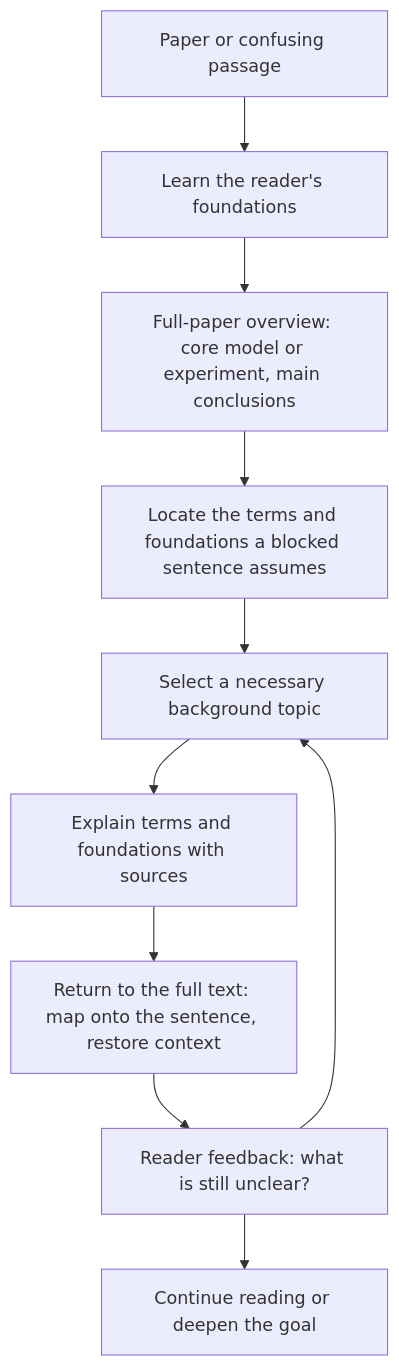
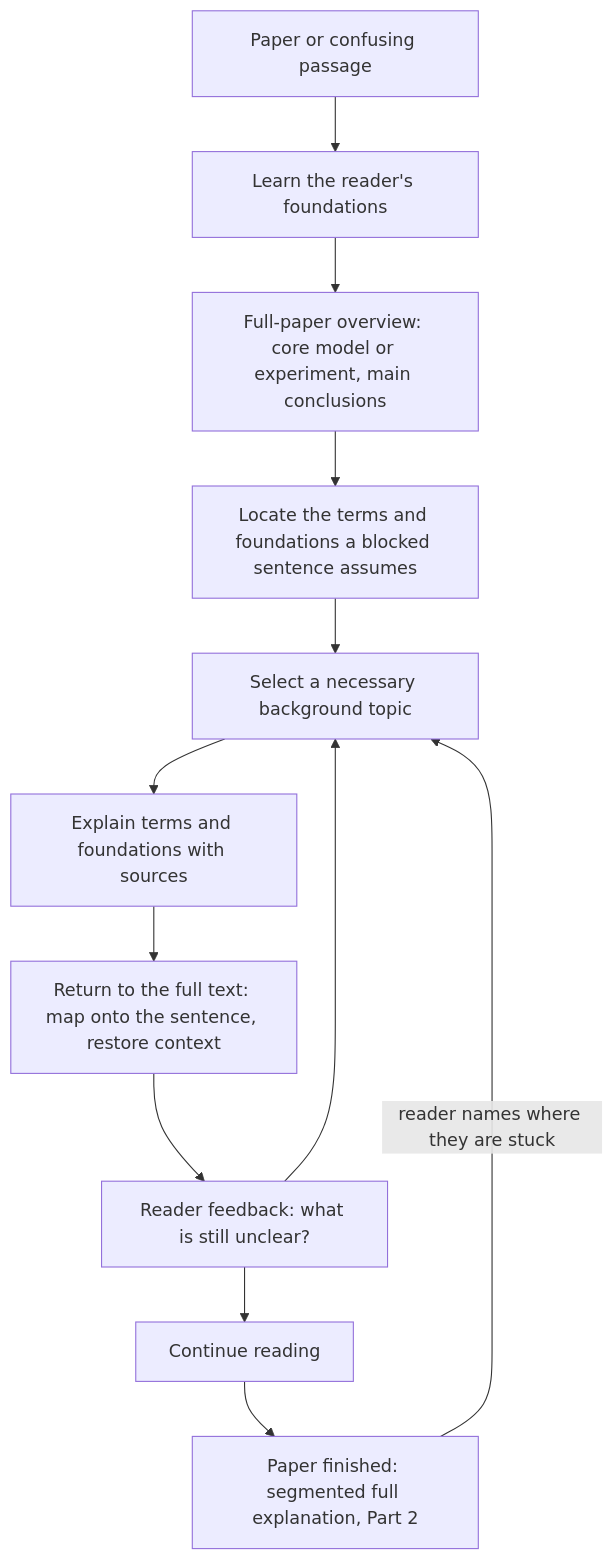
One commit to relativity143/an-agent-for-paper-reading changed the diagram in README.md. Above: the diagram before and after it, drawn with Mermaid. The commit also changed other lines of this file and 2 other files, not shown here.

First line of the commit message:
docs: add a rigorous full explanation after reading (Part 2)

````diff
--- a/README.md
+++ b/README.md
@@ -67,12 +70,14 @@
 ```mermaid
 flowchart TD
     A[Paper or confusing passage] --> C[Learn the reader's foundations]
     C --> O[Full-paper overview: core model or experiment, main conclusions]
     O --> B[Locate the terms and foundations a blocked sentence assumes]
     B --> D[Select a necessary background topic]
     D --> E[Explain terms and foundations with sources]
     E --> F[Return to the full text: map onto the sentence, restore context]
     F --> G[Reader feedback: what is still unclear?]
     G --> D
-    G --> H[Continue reading or deepen the goal]
+    G --> H[Continue reading]
+    H --> P[Paper finished: segmented full explanation, Part 2]
+    P -->|reader names where they are stuck| D
 ```
````
